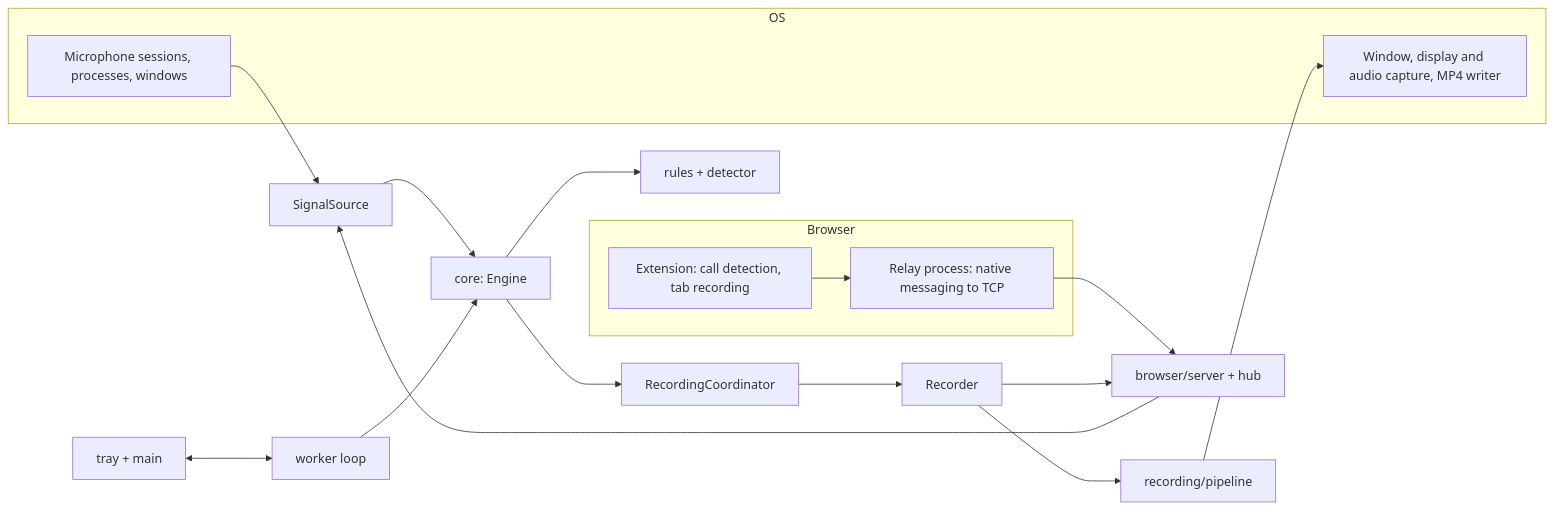
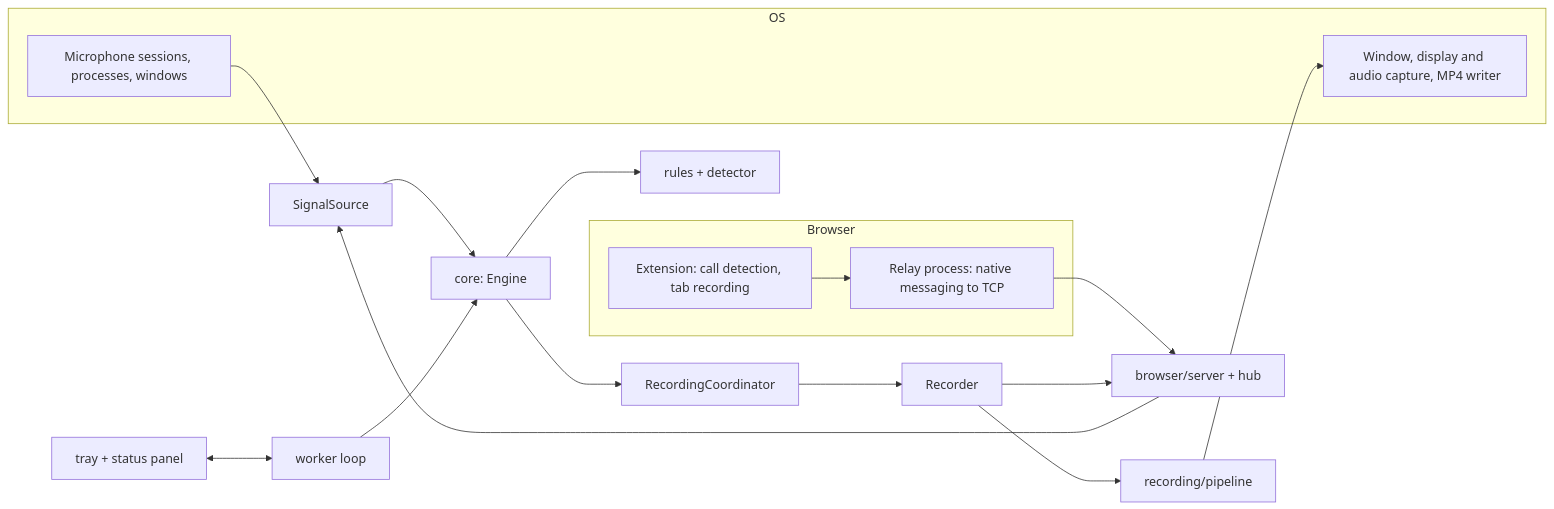
One commit to takezoh/meeting-assistant changed the diagram in ARCHITECTURE.md. Above: the diagram before and after it, drawn with Mermaid. The commit also changed other lines of this file and 42 other files, not shown here.

````diff
--- a/ARCHITECTURE.md
+++ b/ARCHITECTURE.md
@@ -13,21 +13,21 @@
 ```mermaid
 flowchart LR
   subgraph OS
     Mic[Microphone sessions, processes, windows]
     Cap[Window, display and audio capture, MP4 writer]
   end
   subgraph Browser
     Ext[Extension: call detection, tab recording]
     Relay[Relay process: native messaging to TCP]
   end
   Mic --> Signals[SignalSource]
   Ext --> Relay --> Server[browser/server + hub]
   Server --> Signals
   Signals --> Engine[core: Engine]
   Engine --> Rules[rules + detector]
   Engine --> Coord[RecordingCoordinator]
   Coord --> Rec[Recorder]
   Rec --> Pipeline[recording/pipeline] --> Cap
   Rec --> Server
-  Tray[tray + main] <--> Worker[worker loop] --> Engine
+  Tray[tray + status panel] <--> Worker[worker loop] --> Engine
 ```
````
